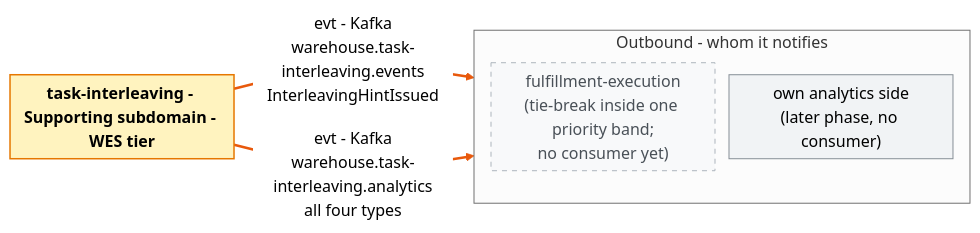
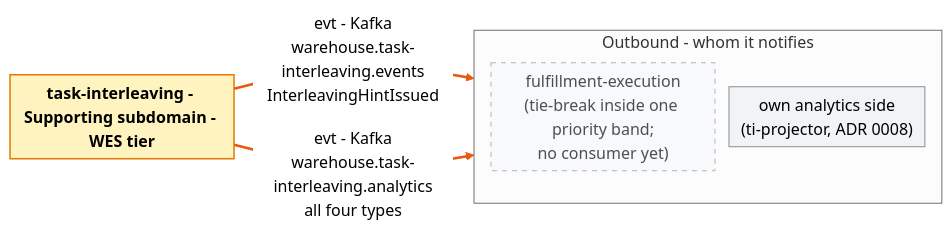
Before and after one commit to IQVO/warehouse-docs: the second of 2 diagrams in docs/contexts/task-interleaving/bounded-context-canvas.md, drawn with Mermaid (neutral theme). The commit also changed other lines of this file and 237 other files, not shown here.

````diff
--- a/docs/contexts/task-interleaving/bounded-context-canvas.md
+++ b/docs/contexts/task-interleaving/bounded-context-canvas.md
@@ -64,19 +64,19 @@
 ```mermaid
 %%{init: {"flowchart": {"nodeSpacing": 14, "rankSpacing": 40, "padding": 6}}}%%
 flowchart LR
     classDef bc fill:#fff3bf,stroke:#e67700,stroke-width:1.5px,color:#000
     classDef ctx fill:#e7f5ff,stroke:#1c7ed6,color:#000
     classDef self fill:#f1f3f5,stroke:#868e96,color:#000
     classDef none fill:#f8f9fa,stroke:#adb5bd,stroke-dasharray:5 5,color:#495057
     BC["<b>task-interleaving - Supporting subdomain - WES tier</b>"]:::bc
     subgraph OUT["Outbound - whom it notifies"]
         direction TB
         out0["fulfillment-execution<br/>(tie-break inside one priority band;<br/>no consumer yet)"]:::none
-        out1["own analytics side<br/>(later phase, no consumer)"]:::self
+        out1["own analytics side<br/>(ti-projector, ADR 0008)"]:::self
     end
     BC ==>|"evt - Kafka<br/>warehouse.task-interleaving.events<br/>InterleavingHintIssued"| out0
     BC ==>|"evt - Kafka<br/>warehouse.task-interleaving.analytics<br/>all four types"| out1
     linkStyle 0 stroke:#e8590c,stroke-width:2.5px
     linkStyle 1 stroke:#e8590c,stroke-width:2.5px
     class BC bc
 ```
````
